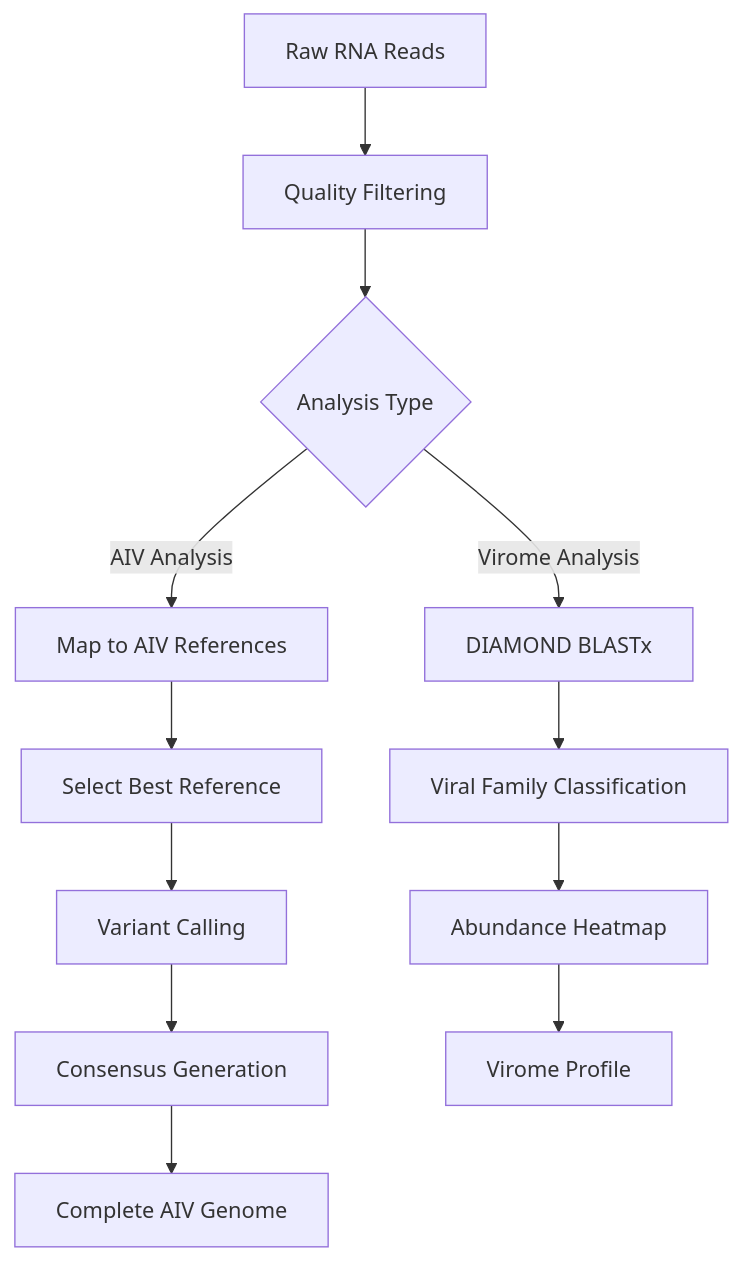
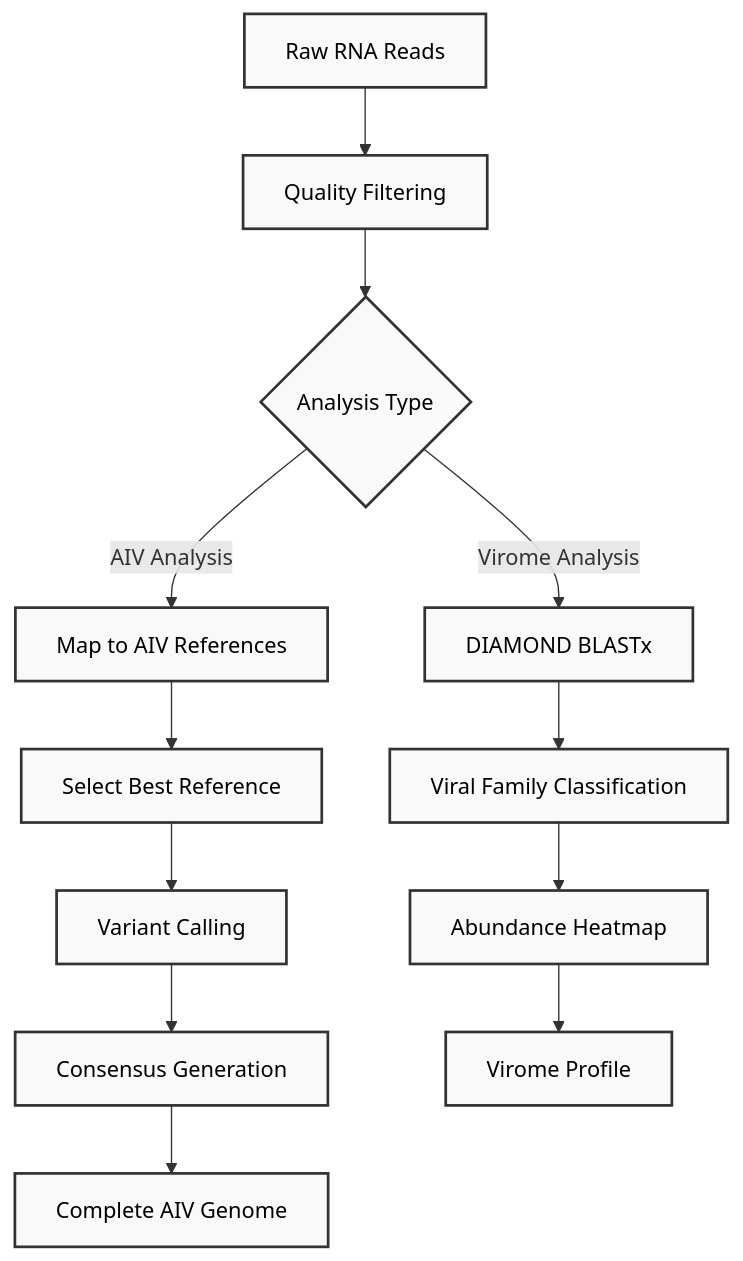
The diagram in virus_analysis_pipeline.md (ttmgr/Wetland_Health), drawn with Mermaid before and after one commit.

````diff
--- a/virus_analysis_pipeline.md
+++ b/virus_analysis_pipeline.md
@@ -25,14 +25,16 @@
 ```mermaid
 graph TD
-    A[Raw RNA Reads] --> B[Quality Filtering]
-    B --> C{Analysis Type}
-    C -->|AIV Analysis| D[Map to AIV References]
-    C -->|Virome Analysis| E[DIAMOND BLASTx]
-    D --> F[Select Best Reference]
-    F --> G[Variant Calling]
-    G --> H[Consensus Generation]
-    E --> I[Viral Family Classification]
-    I --> J[Abundance Heatmap]
-    H --> K[Complete AIV Genome]
-    J --> L[Virome Profile]
+    A[Raw RNA Reads]:::lightNode --> B[Quality Filtering]:::lightNode
+    B --> C{Analysis Type}:::lightNode
+    C -->|AIV Analysis| D[Map to AIV References]:::lightNode
+    C -->|Virome Analysis| E[DIAMOND BLASTx]:::lightNode
+    D --> F[Select Best Reference]:::lightNode
+    F --> G[Variant Calling]:::lightNode
+    G --> H[Consensus Generation]:::lightNode
+    E --> I[Viral Family Classification]:::lightNode
+    I --> J[Abundance Heatmap]:::lightNode
+    H --> K[Complete AIV Genome]:::lightNode
+    J --> L[Virome Profile]:::lightNode
+    
+    classDef lightNode fill:#f9f9f9,stroke:#333,stroke-width:2px,color:#000
 ```
````
